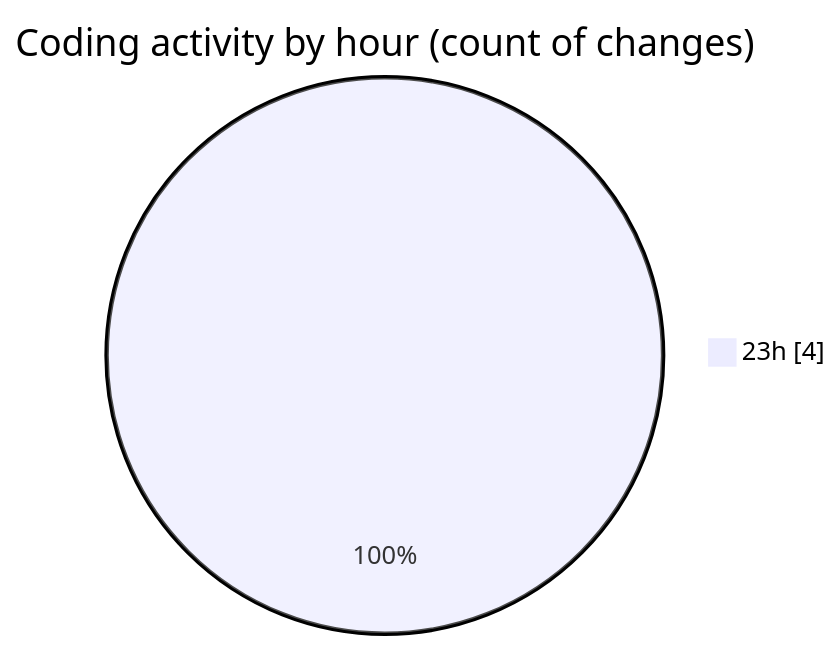
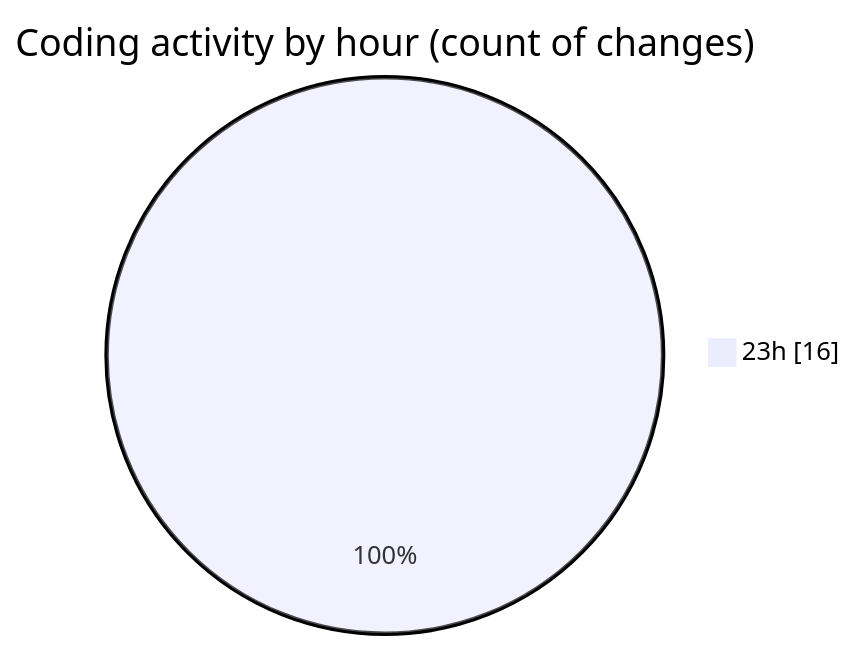
The second of 2 diagrams in 2025-03-27/echo/README.md (Netris89/code-tracking), drawn with Mermaid before and after one commit. The commit also changed other lines of this file and 1 other file, not shown here.

````diff
--- a/2025-03-27/echo/README.md
+++ b/2025-03-27/echo/README.md
@@ -28,5 +28,5 @@
 ```mermaid
 pie showData
 title Coding activity by hour (count of changes)
-"23h" : 4
+"23h" : 16
 ```
````
